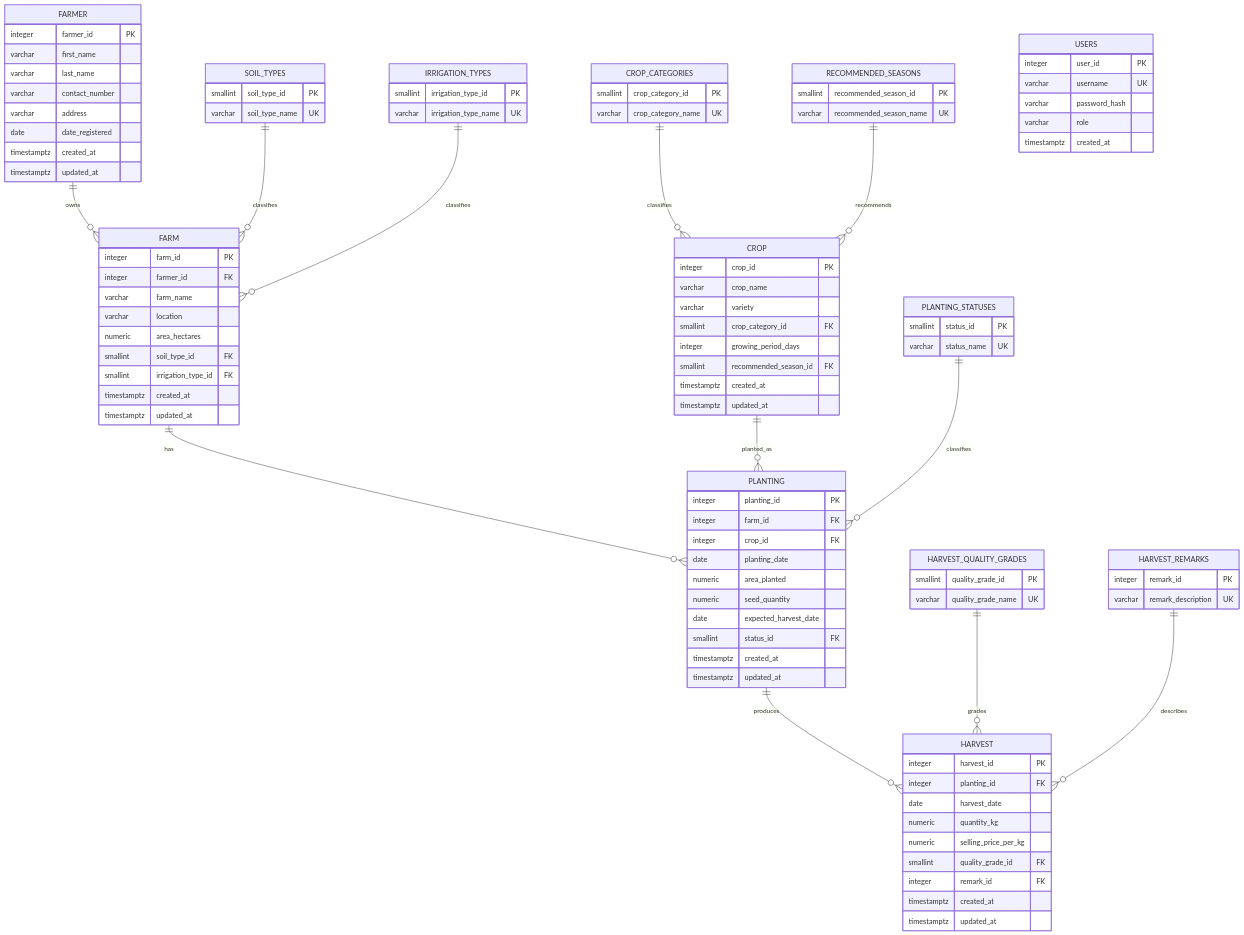
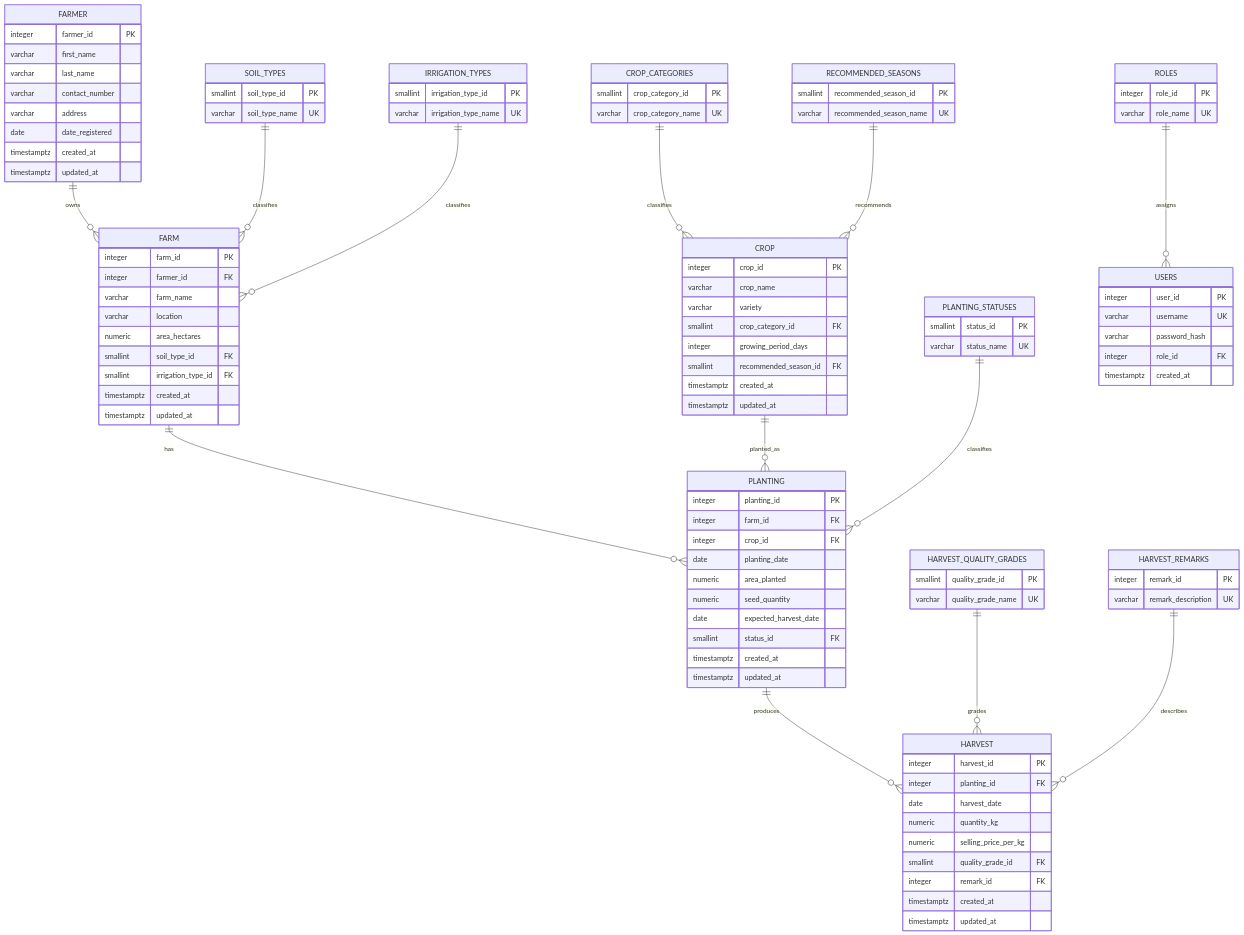
One commit to coronelstephen4/FMidterm_Project changed the diagram in PROJECT_DOCUMENTATION.md. Above: the diagram before and after it, drawn with Mermaid. The commit also changed other lines of this file and 18 other files, not shown here.

```diff
--- a/PROJECT_DOCUMENTATION.md
+++ b/PROJECT_DOCUMENTATION.md
@@ -59,6 +59,7 @@
     PLANTING_STATUSES ||--o{ PLANTING : classifies
     HARVEST_QUALITY_GRADES ||--o{ HARVEST : grades
     HARVEST_REMARKS ||--o{ HARVEST : describes
+    ROLES ||--o{ USERS : assigns
 
     FARMER {
         integer farmer_id PK
@@ -118,8 +119,12 @@
         integer user_id PK
         varchar username UK
         varchar password_hash
-        varchar role
+        integer role_id FK
         timestamptz created_at
+    }
+    ROLES {
+        integer role_id PK
+        varchar role_name UK
     }
     SOIL_TYPES {
         smallint soil_type_id PK
```
